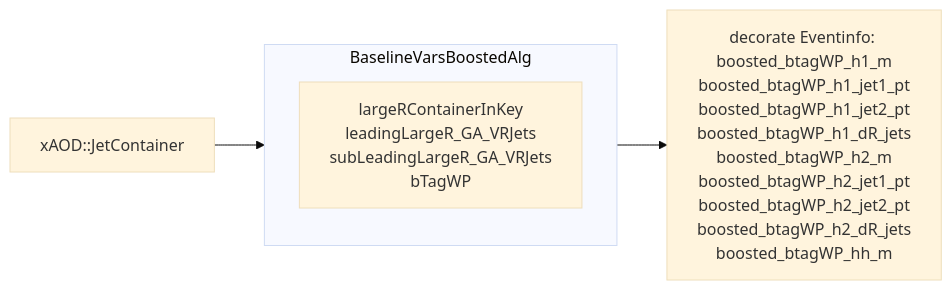
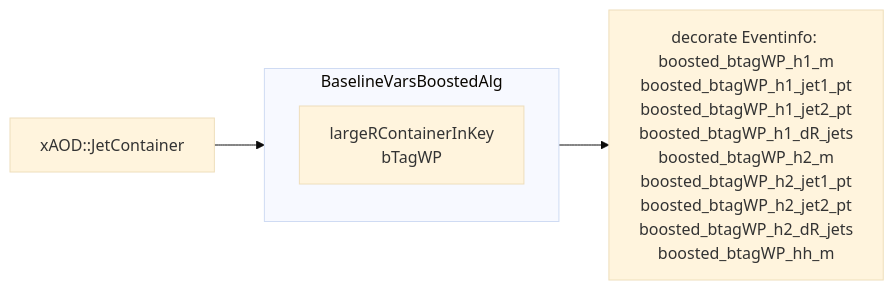
One commit to alessio94/easyjet-leptons-met changed the fourth of 4 diagrams in bbbbAnalysis/docs/Algorithms.md. Above: the diagram before and after it, drawn with Mermaid (base theme). The commit also changed other lines of this file and 22 other files, not shown here.

````diff
--- a/bbbbAnalysis/docs/Algorithms.md
+++ b/bbbbAnalysis/docs/Algorithms.md
@@ -143,8 +121,8 @@
 ```mermaid
 flowchart LR
 A[xAOD::JetContainer] --> BaselineVarsBoostedAlg
 subgraph BaselineVarsBoostedAlg
-largeRContainerInKey\nleadingLargeR_GA_VRJets\nsubLeadingLargeR_GA_VRJets\nbTagWP
+largeRContainerInKey\nbTagWP
 end
 BaselineVarsBoostedAlg --> B[decorate Eventinfo: \nboosted_btagWP_h1_m\nboosted_btagWP_h1_jet1_pt\nboosted_btagWP_h1_jet2_pt\nboosted_btagWP_h1_dR_jets\nboosted_btagWP_h2_m\nboosted_btagWP_h2_jet1_pt\nboosted_btagWP_h2_jet2_pt\nboosted_btagWP_h2_dR_jets\nboosted_btagWP_hh_m]
 ```
````
